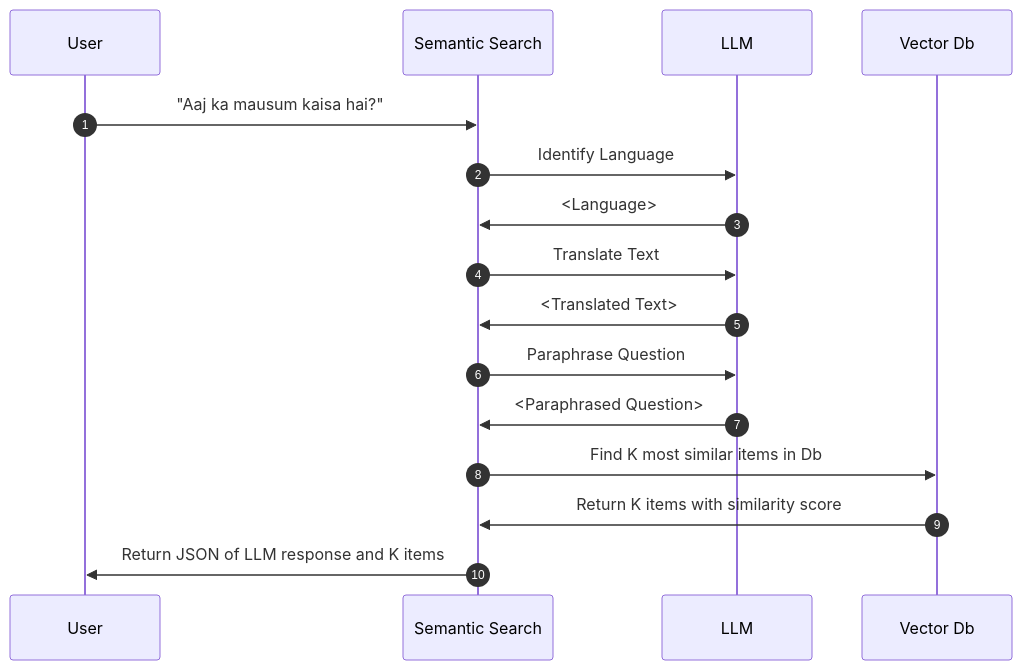
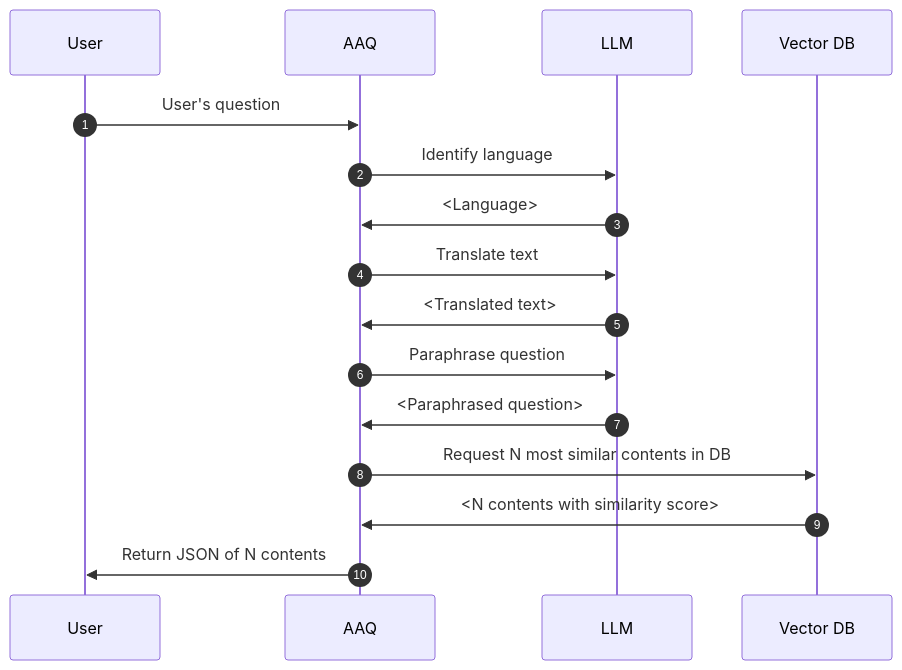
One commit to IDinsight/ask-a-question changed the diagram in docs/components/qa-service/semantic-search.md. Above: the diagram before and after it, drawn with Mermaid. The commit also changed other lines of this file and 1 other file, not shown here.

Commit message:
HOTFIX: Mermaid sequence diagrams (#202)
* Fix inaccuracy/confusion in mermaid sequence diagrams

* Add clarification re. responding in user's language

* Update docs/components/qa-service/semantic-search.md

* Apply suggestions from code review

---------

````diff
--- a/docs/components/qa-service/semantic-search.md
+++ b/docs/components/qa-service/semantic-search.md
@@ -11,15 +12,15 @@
-``` mermaid
+```mermaid
 sequenceDiagram
   autonumber
-  User->>Semantic Search: "Aaj ka mausum kaisa hai?"
-  Semantic Search->>LLM: Identify Language
-  LLM->>Semantic Search: <Language>
-  Semantic Search->>LLM: Translate Text
-  LLM->>Semantic Search: <Translated Text>
-  Semantic Search->>LLM: Paraphrase Question
-  LLM->>Semantic Search: <Paraphrased Question>
-  Semantic Search->>Vector Db: Find K most similar items in Db
-  Vector Db->>Semantic Search: Return K items with similarity score
-  Semantic Search->>User: Return JSON of LLM response and K items
+  User->>AAQ: User's question
+  AAQ->>LLM: Identify language
+  LLM->>AAQ: <Language>
+  AAQ->>LLM: Translate text
+  LLM->>AAQ: <Translated text>
+  AAQ->>LLM: Paraphrase question
+  LLM->>AAQ: <Paraphrased question>
+  AAQ->>Vector DB: Request N most similar contents in DB
+  Vector DB->>AAQ: <N contents with similarity score>
+  AAQ->>User: Return JSON of N contents
 
 ```
````
